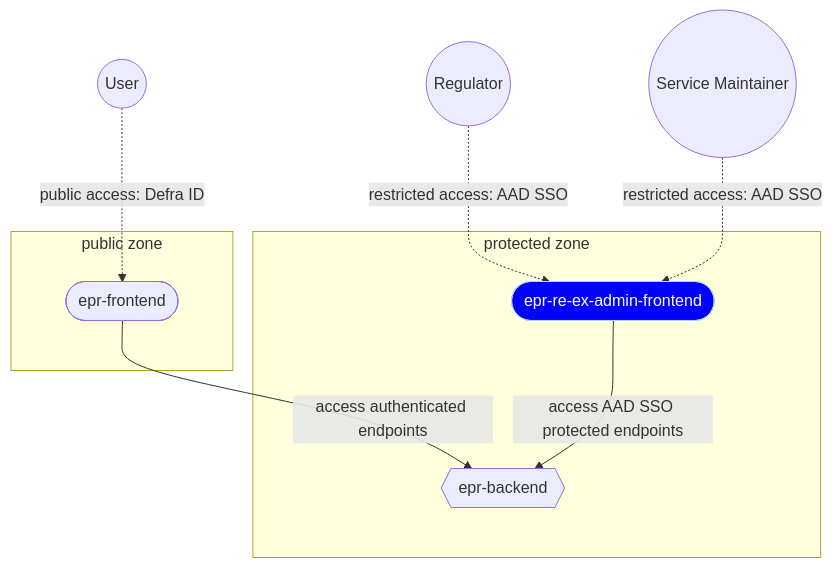
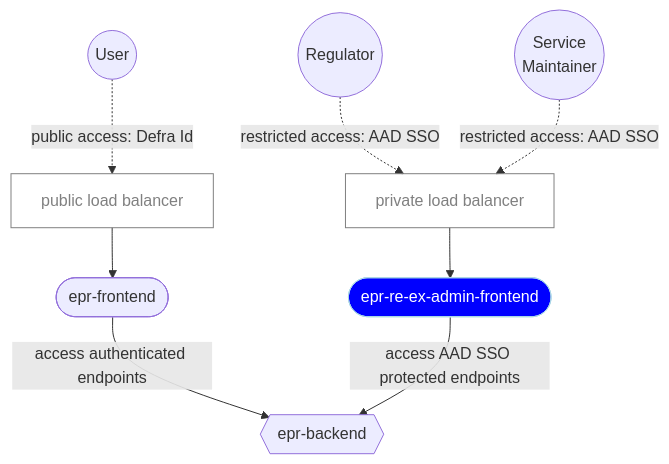
The diagram in docs/architecture/decisions/0005-admin-ui-adr.md (DEFRA/epr-backend), drawn with Mermaid before and after one commit.

Commit message:
PAE-217: diagram adjsutment to better match CDP's real architecture

````diff
--- a/docs/architecture/decisions/0005-admin-ui-adr.md
+++ b/docs/architecture/decisions/0005-admin-ui-adr.md
@@ -39,35 +39,31 @@
 ```mermaid
 flowchart TD;
-    USER((User))
-    SUPER-USER((Service Maintainer))
-    REGULATOR((Regulator))
+  USER((User))
+  SUPER-USER((Service<br>Maintainer))
+  REGULATOR((Regulator))
 
   classDef invisible opacity:0
+  classDef discreet fill:transparent,stroke:gray,color:gray
   classDef adminBox fill:blue,stroke:lightblue,color:white
 
-  subgraph protected zone
-    subgraph PROTECTED-ZONE-NESTED
-      EPR-ADMIN-UI([epr-re-ex-admin-frontend])
-      EPR-BACKEND{{epr-backend}}
-    end
-  end
+  EPR-ADMIN-UI([epr-re-ex-admin-frontend])
+  EPR-BACKEND{{epr-backend}}
+  EPR-FRONTEND([epr-frontend])
 
-  subgraph public zone
-    subgraph PUBLIC-ZONE-NESTED
-      EPR-FRONTEND([epr-frontend])
-    end
-  end
+  PUBLIC-ALB[public load balancer]
+  PROTECTED-ALB[private load balancer]
 
-  PROTECTED-ZONE-NESTED:::invisible
-  PUBLIC-ZONE-NESTED:::invisible
+  PUBLIC-ALB:::discreet
+  PROTECTED-ALB:::discreet
   EPR-ADMIN-UI:::adminBox
 
+  USER-. public access: Defra Id .-> PUBLIC-ALB;
+  PUBLIC-ALB-->EPR-FRONTEND;
 
-  USER-. public access: Defra ID .->EPR-FRONTEND;
-  REGULATOR-. restricted access: AAD SSO .->EPR-ADMIN-UI;
-  SUPER-USER-. restricted access: AAD SSO .->EPR-ADMIN-UI;
-
+  REGULATOR-. restricted access: AAD SSO .->PROTECTED-ALB;
+  SUPER-USER-. restricted access: AAD SSO .->PROTECTED-ALB;
+  PROTECTED-ALB-->EPR-ADMIN-UI;
 
   EPR-FRONTEND--access authenticated endpoints -->EPR-BACKEND;
   EPR-ADMIN-UI--access AAD SSO protected endpoints -->EPR-BACKEND;
 ```
````
